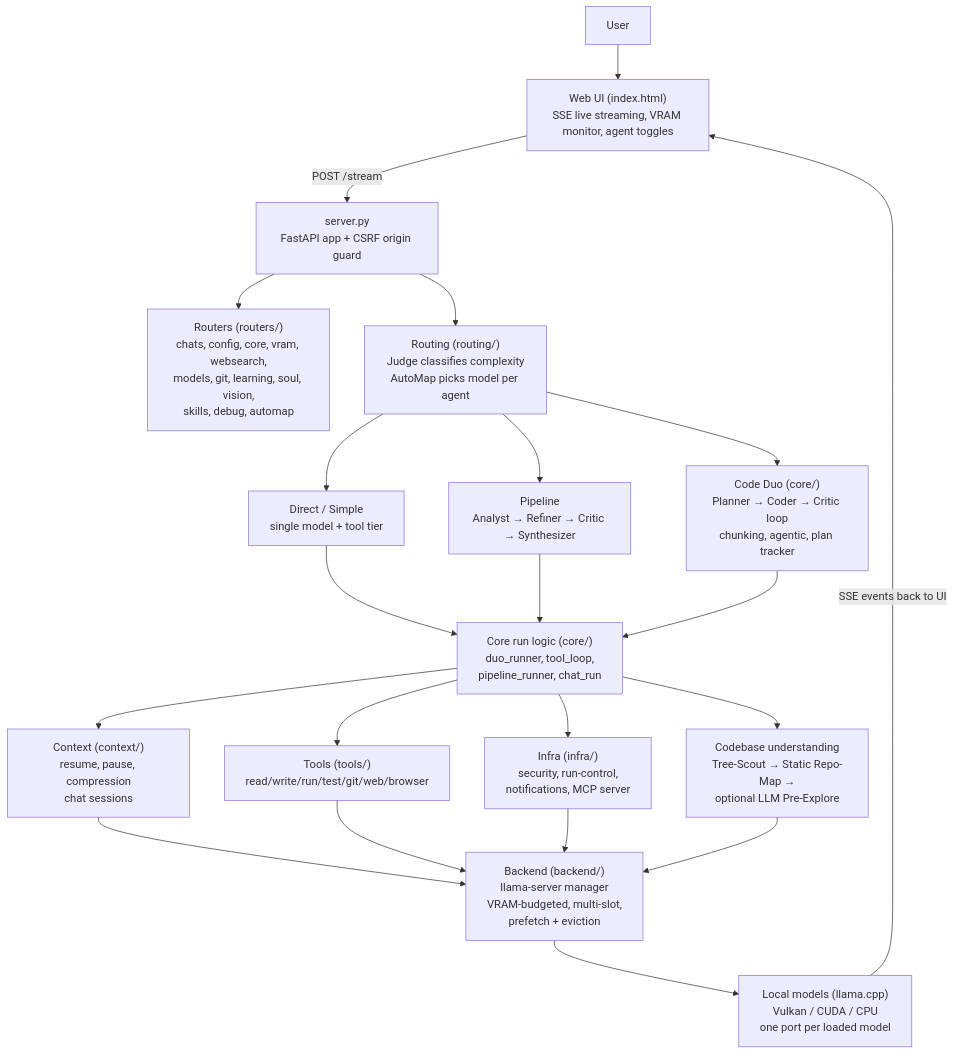
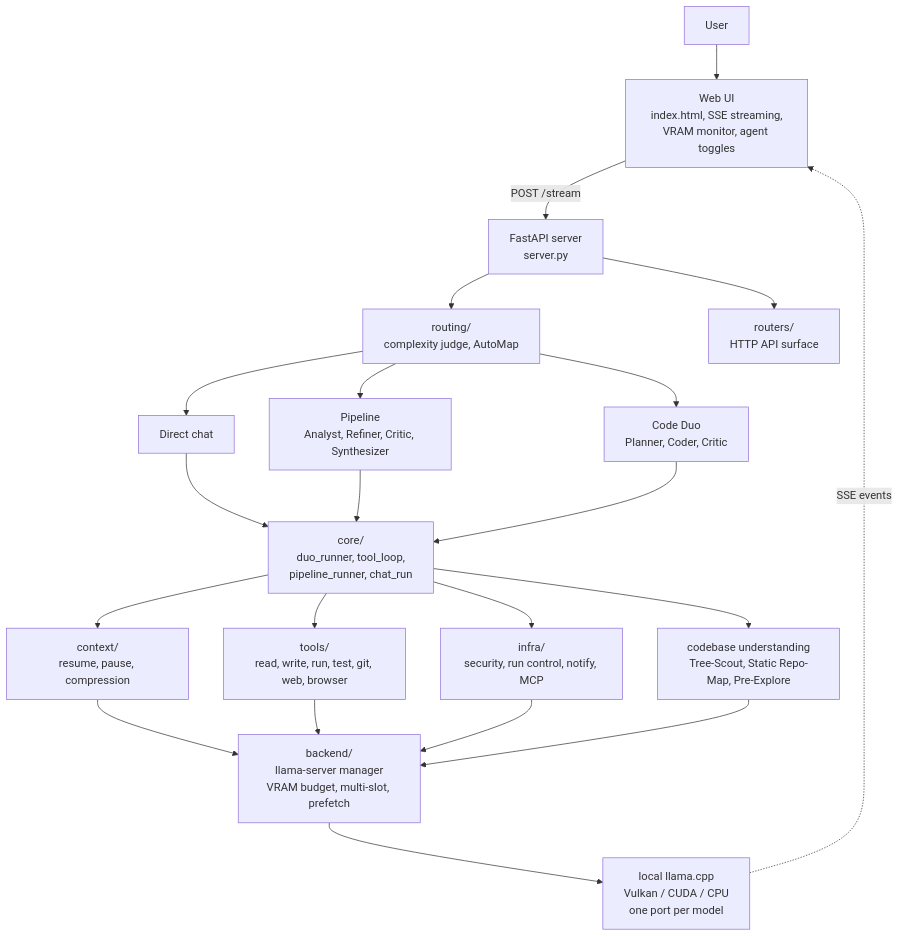
One commit to BoredLuzo/HiveMind_llama changed the first of 2 diagrams in docs/architecture.md. Above: the diagram before and after it, drawn with Mermaid. The commit also changed other lines of this file, not shown here.

First line of the commit message:
docs: rewrite architecture.md for readability

````diff
--- a/docs/architecture.md
+++ b/docs/architecture.md
@@ -17,30 +13,28 @@
 ```mermaid
 flowchart TD
-    User[User] --> UI["Web UI (index.html)<br/>SSE live streaming, VRAM monitor, agent toggles"]
-    UI --> |POST /stream| Server["server.py<br/>FastAPI app + CSRF origin guard"]
-    Server --> Routers["Routers (routers/)<br/>chats, config, core, vram, websearch,<br/>models, git, learning, soul, vision,<br/>skills, debug, automap"]
+    U["User"] --> W["Web UI<br>index.html, SSE streaming,<br>VRAM monitor, agent toggles"]
+    W -->|"POST /stream"| S["FastAPI server<br>server.py"]
 
-    Server --> Routing["Routing (routing/)<br/>Judge classifies complexity<br/>AutoMap picks model per agent"]
-    Routing --> Direct["Direct / Simple<br/>single model + tool tier"]
-    Routing --> Pipeline["Pipeline<br/>Analyst → Refiner → Critic → Synthesizer"]
-    Routing --> Duo["Code Duo (core/)<br/>Planner → Coder → Critic loop<br/>chunking, agentic, plan tracker"]
+    S --> RT["routing/<br>complexity judge, AutoMap"]
+    S --> RO["routers/<br>HTTP API surface"]
 
-    Direct --> Core
-    Pipeline --> Core
-    Duo --> Core
+    RT --> D1["Direct chat"]
+    RT --> D2["Pipeline<br>Analyst, Refiner, Critic, Synthesizer"]
+    RT --> D3["Code Duo<br>Planner, Coder, Critic"]
 
-    Core["Core run logic (core/)<br/>duo_runner, tool_loop,<br/>pipeline_runner, chat_run"]
-    Core --> Context["Context (context/)<br/>resume, pause, compression<br/>chat sessions"]
-    Core --> Tools["Tools (tools/)<br/>read/write/run/test/git/web/browser"]
-    Core --> Infra["Infra (infra/)<br/>security, run-control,<br/>notifications, MCP server"]
-    Core --> Preload["Codebase understanding<br/>Tree-Scout → Static Repo-Map →<br/>optional LLM Pre-Explore"]
+    D1 --> CORE["core/<br>duo_runner, tool_loop,<br>pipeline_runner, chat_run"]
+    D2 --> CORE
+    D3 --> CORE
 
-    Context --> Backend
-    Tools --> Backend
-    Infra --> Backend
-    Preload --> Backend
+    CORE --> CTX["context/<br>resume, pause, compression"]
+    CORE --> TLS["tools/<br>read, write, run, test, git, web, browser"]
+    CORE --> INF["infra/<br>security, run control, notify, MCP"]
+    CORE --> PRE["codebase understanding<br>Tree-Scout, Static Repo-Map, Pre-Explore"]
 
-    Backend["Backend (backend/)<br/>llama-server manager<br/>VRAM-budgeted, multi-slot,<br/>prefetch + eviction"]
-    Backend --> Models["Local models (llama.cpp)<br/>Vulkan / CUDA / CPU<br/>one port per loaded model"]
-    Models --> |SSE events back to UI| UI
+    CTX --> BE["backend/<br>llama-server manager<br>VRAM budget, multi-slot, prefetch"]
+    TLS --> BE
+    INF --> BE
+    PRE --> BE
+    BE --> LM["local llama.cpp<br>Vulkan / CUDA / CPU<br>one port per model"]
+    LM -.->|"SSE events"| W
 ```
````
